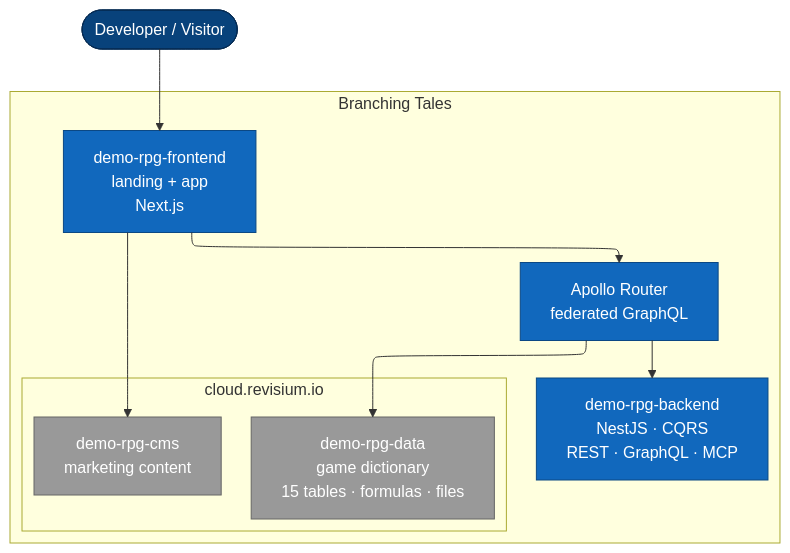
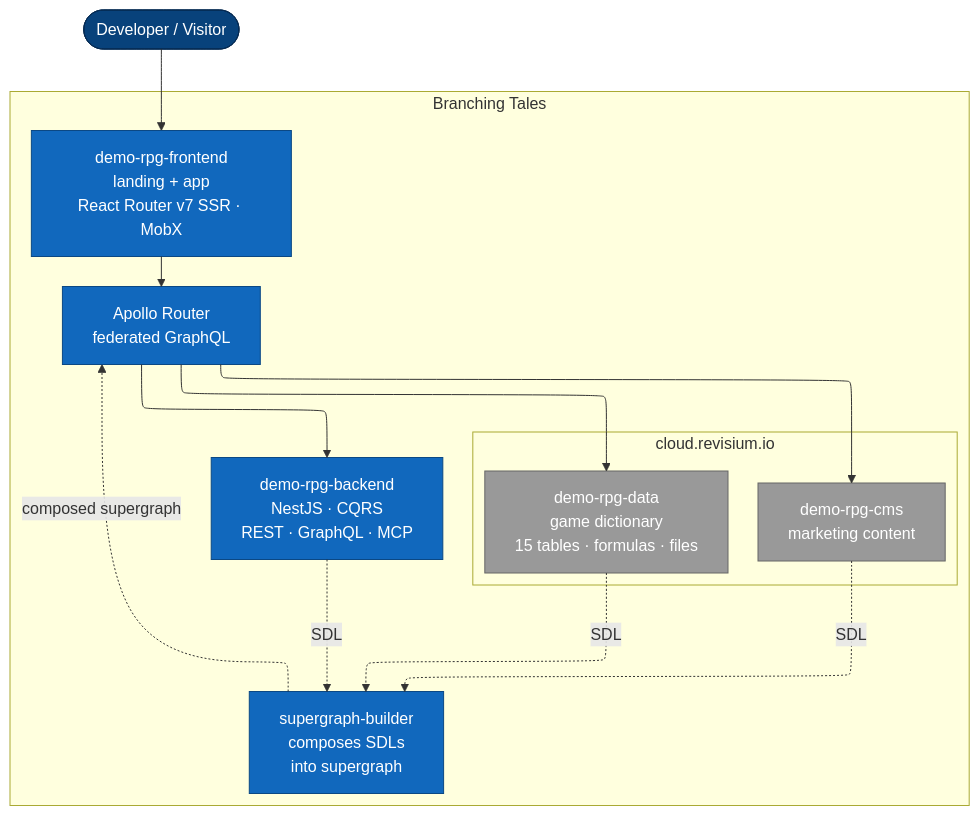
Before and after one commit to revisium/demo-rpg-docs: the diagram in README.md, drawn with Mermaid. The commit also changed other lines of this file and 6 other files, not shown here.

First line of the commit message:
Update architecture: React Router SSR frontend, federated CMS, supergraph-builder

````diff
--- a/README.md
+++ b/README.md
@@ -49,32 +50,37 @@
 ```mermaid
 %%{init: {"flowchart": {"defaultRenderer": "elk"}}}%%
 flowchart TB
   U(["Developer / Visitor"])
 
   subgraph demo["Branching Tales"]
     direction TB
 
-    LAND["demo-rpg-frontend<br/>landing + app<br/>Next.js"]
+    LAND["demo-rpg-frontend<br/>landing + app<br/>React Router v7 SSR · MobX"]
     ROUTER["Apollo Router<br/>federated GraphQL"]
+    BUILDER["supergraph-builder<br/>composes SDLs<br/>into supergraph"]
     BE["demo-rpg-backend<br/>NestJS · CQRS<br/>REST · GraphQL · MCP"]
 
     subgraph cloud["cloud.revisium.io"]
       direction TB
       DATA["demo-rpg-data<br/>game dictionary<br/>15 tables · formulas · files"]
       CMS["demo-rpg-cms<br/>marketing content"]
     end
   end
 
   U --> LAND
   LAND --> ROUTER
   ROUTER --> BE
   ROUTER --> DATA
-  LAND --> CMS
+  ROUTER --> CMS
+  BE -.->|SDL| BUILDER
+  DATA -.->|SDL| BUILDER
+  CMS -.->|SDL| BUILDER
+  BUILDER -.->|composed supergraph| ROUTER
 
   classDef container fill:#1168bd,stroke:#0b4884,color:#fff
   classDef external fill:#999,stroke:#666,color:#fff
   classDef person fill:#08427b,stroke:#052a52,color:#fff
-  class LAND,ROUTER,BE container
+  class LAND,ROUTER,BE,BUILDER container
   class DATA,CMS external
   class U person
 ```
````
